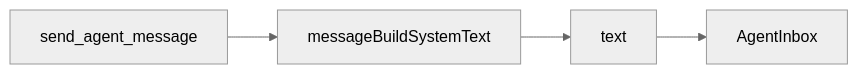
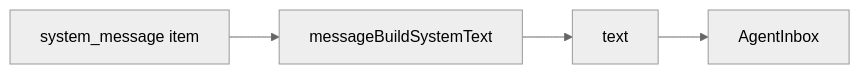
One commit to ex3ndr-bot/daycare changed the fifth of 12 diagrams in docs/agents.md. Above: the diagram before and after it, drawn with Mermaid (neutral theme). The commit also changed other lines of this file and 11 other files, not shown here.

````diff
--- a/docs/agents.md
+++ b/docs/agents.md
@@ -60,6 +60,6 @@
 ```mermaid
 flowchart LR
-  SendTool[send_agent_message] --> Build[messageBuildSystemText]
+  SystemItem[system_message item] --> Build[messageBuildSystemText]
   Build --> Wrapped["<system_message origin='system|background'>text</system_message>"]
   Wrapped --> Inbox[AgentInbox]
 ```
````
